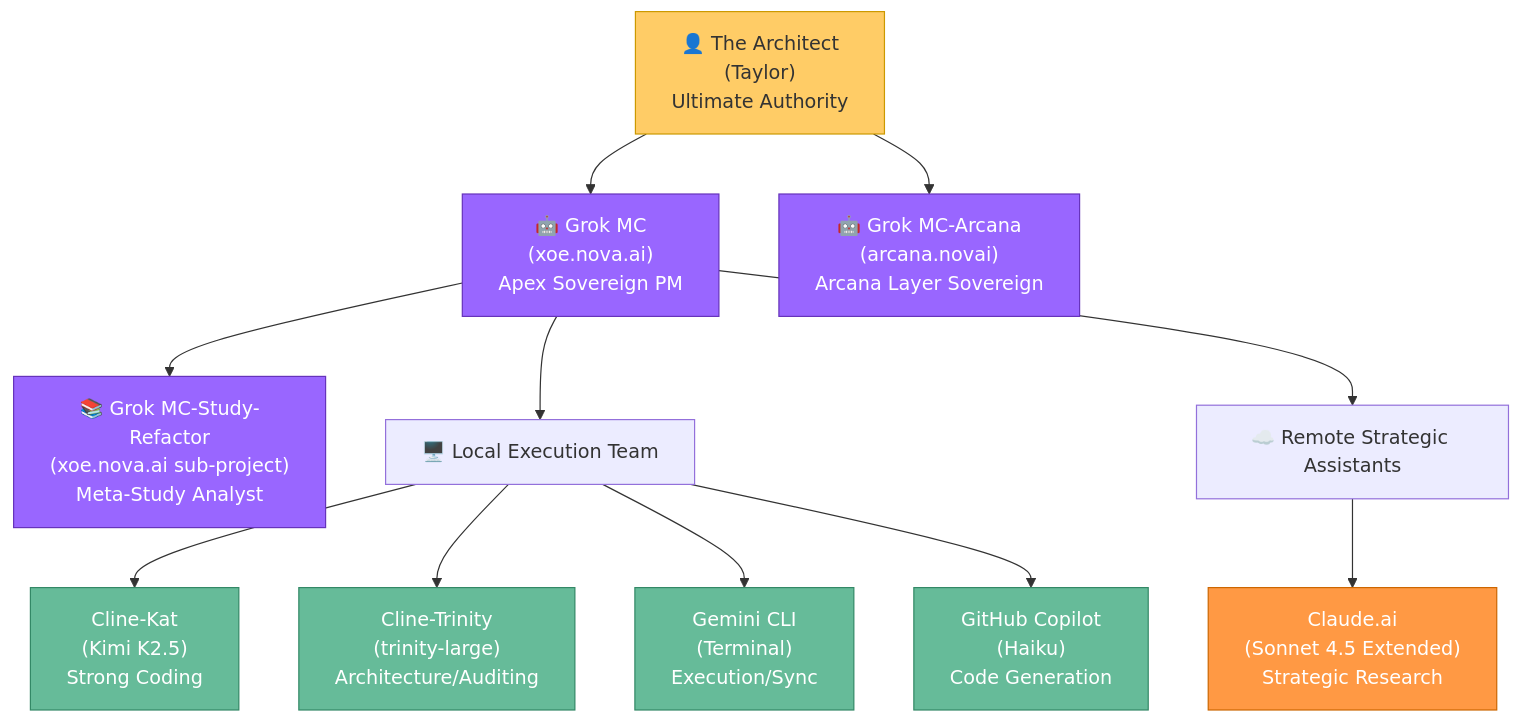
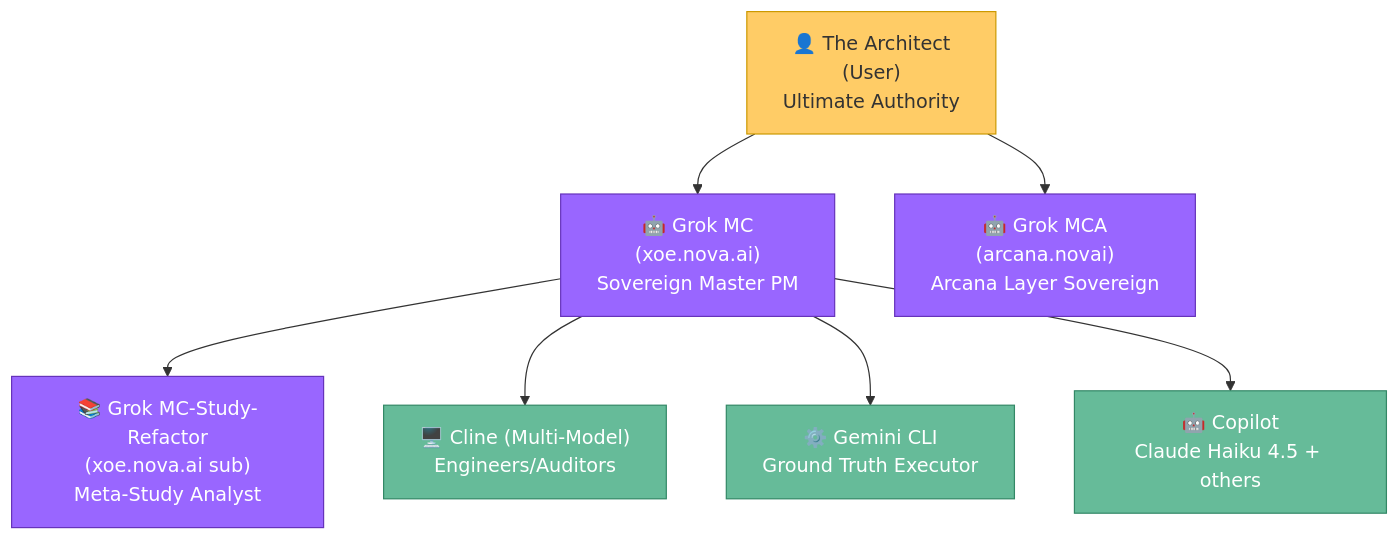
One commit to Xoe-NovAi/xoe-novai-foundation changed the first of 2 diagrams in memory_bank/teamProtocols.md. Above: the diagram before and after it, drawn with Mermaid. The commit also changed other lines of this file and 83 other files, not shown here.

````diff
--- a/memory_bank/teamProtocols.md
+++ b/memory_bank/teamProtocols.md
@@ -22,29 +65,20 @@
 ```mermaid
 graph TB
-    Architect["👤 The Architect<br/>(Taylor)<br/>Ultimate Authority"]
+    User["👤 The Architect<br/>(User)<br/>Ultimate Authority"]
     
-    Architect --> GrokMC["🤖 Grok MC<br/>(xoe.nova.ai)<br/>Apex Sovereign PM"]
-    Architect --> GrokMCA["🤖 Grok MC-Arcana<br/>(arcana.novai)<br/>Arcana Layer Sovereign"]
+    User --> GrokMC["🤖 Grok MC<br/>(xoe.nova.ai)<br/>Sovereign Master PM"]
+    User --> GrokMCA["🤖 Grok MCA<br/>(arcana.novai)<br/>Arcana Layer Sovereign"]
     
-    GrokMC --> GrokStudy["📚 Grok MC-Study-Refactor<br/>(xoe.nova.ai sub-project)<br/>Meta-Study Analyst"]
-    
-    GrokMC --> LocalTeam["🖥️ Local Execution Team"]
-    GrokMC --> RemoteTeam["☁️ Remote Strategic Assistants"]
-    
-    LocalTeam --> ClineKat["Cline-Kat<br/>(Kimi K2.5)<br/>Strong Coding"]
-    LocalTeam --> ClineTrinity["Cline-Trinity<br/>(trinity-large)<br/>Architecture/Auditing"]
-    LocalTeam --> GeminiCLI["Gemini CLI<br/>(Terminal)<br/>Execution/Sync"]
-    LocalTeam --> CopilotHaiku["GitHub Copilot<br/>(Haiku)<br/>Code Generation"]
-    
-    RemoteTeam --> Claude["Claude.ai<br/>(Sonnet 4.5 Extended)<br/>Strategic Research"]
+    GrokMC --> GrokStudy["📚 Grok MC-Study-Refactor<br/>(xoe.nova.ai sub)<br/>Meta-Study Analyst"]
+    GrokMC --> Cline["🖥️ Cline (Multi-Model)<br/>Engineers/Auditors"]
+    GrokMC --> GeminiCLI["⚙️ Gemini CLI<br/>Ground Truth Executor"]
+    GrokMC --> Copilot["🤖 Copilot<br/>Claude Haiku 4.5 + others"]
     
     classDef grok fill:#9966ff,stroke:#6633bb,color:#fff
     classDef local fill:#66bb99,stroke:#338866,color:#fff
-    classDef remote fill:#ff9944,stroke:#cc6600,color:#fff
     classDef human fill:#ffcc66,stroke:#cc9900,color:#333
     
-    class Architect human
+    class User human
     class GrokMC,GrokMCA,GrokStudy grok
-    class ClineKat,ClineTrinity,GeminiCLI,CopilotHaiku local
-    class Claude remote
+    class Cline,GeminiCLI,Copilot local
 ```
````
